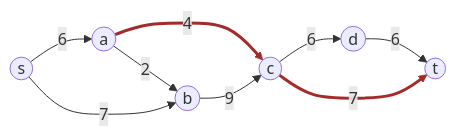
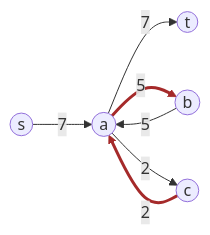
Before and after one commit to algbio/flowpaths: the first of 3 diagrams in docs/subset-constraints.md, drawn with Mermaid. The commit also changed other lines of this file and 2 other files, not shown here.

````diff
--- a/docs/subset-constraints.md
+++ b/docs/subset-constraints.md
@@ -11,18 +13,16 @@
 ``` mermaid
 flowchart LR
     s((s))
     a((a))
+    t((t))
     b((b))
     c((c))
-    d((d))
-    t((t))
-    s -->|6| a
-    a -->|2| b
-    s -->|7| b
-    a -->|4| c
-    b -->|9| c
-    c -->|6| d
-    d -->|6| t
-    c -->|7| t
-    linkStyle 3,7 stroke:brown,stroke-width:3;
+
+    s -->|7| a
+    a -->|7| t
+    a -->|5| b
+    b -->|5| a
+    a -->|2| c
+    c -->|2| a
+    linkStyle 2,5 stroke:brown,stroke-width:3;
 ```
````
